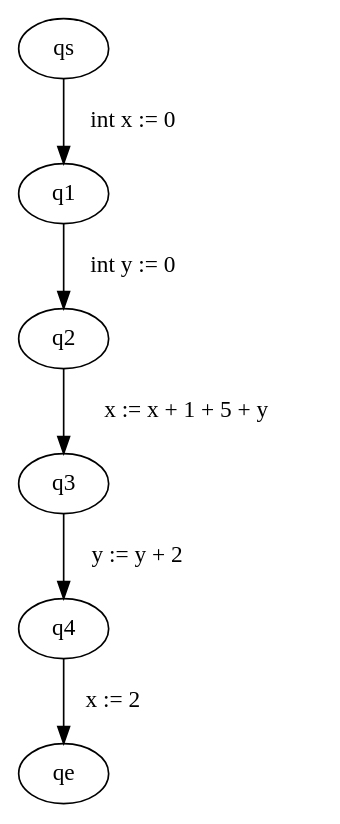
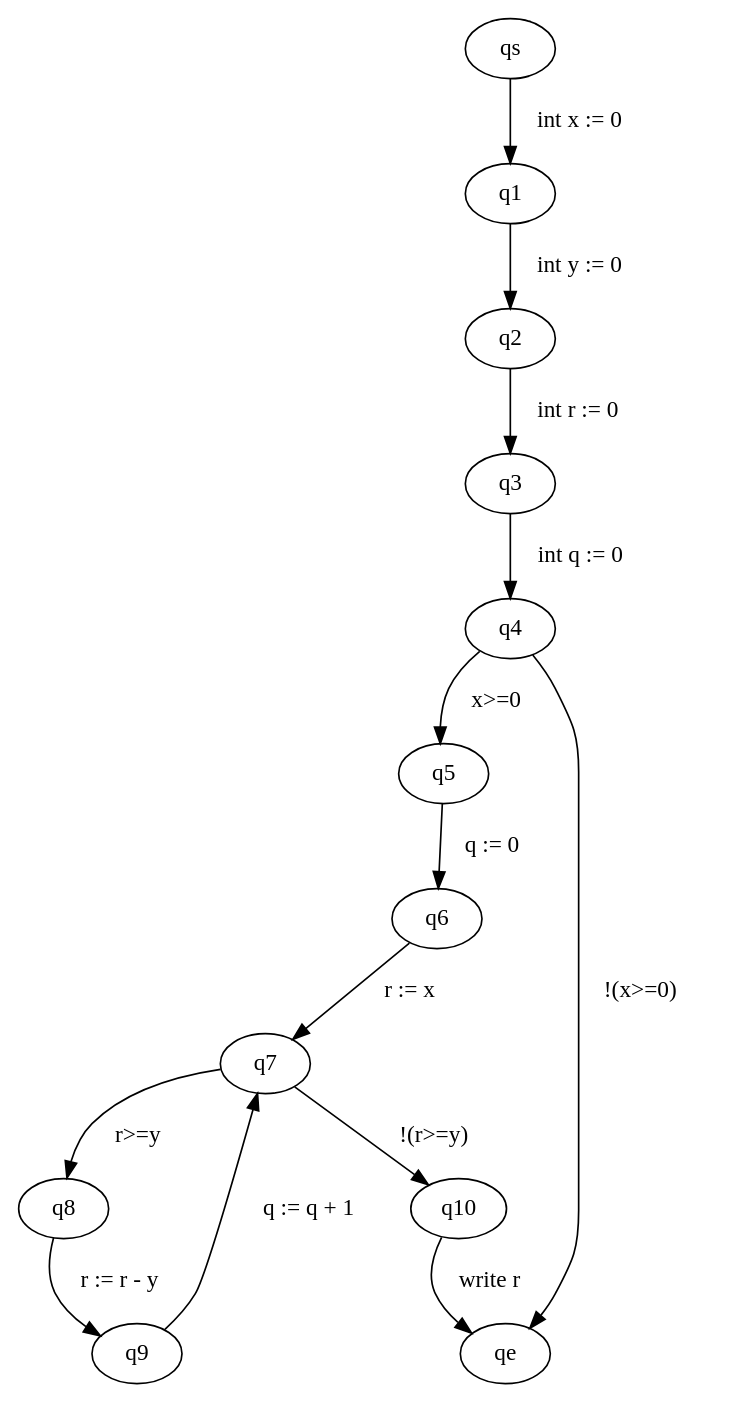
The diagram in src/main/java/graphviz/input.dot (FloKes/ProgramAnalysis), drawn with Graphviz before and after one commit. The commit also changed 15 other files, not shown here.

```diff
--- a/src/main/java/graphviz/input.dot
+++ b/src/main/java/graphviz/input.dot
@@ -1,7 +1,15 @@
 digraph ProgramGraph{
 "qs" -> "q1" [label="  int x := 0   "] 
 "q1" -> "q2" [label="  int y := 0   "] 
-"q2" -> "q3" [label="  x := x + 1 + 5 + y   "] 
-"q3" -> "q4" [label="  y := y + 2   "] 
-"q4" -> "qe" [label="  x := 2   "] 
+"q2" -> "q3" [label="  int r := 0   "] 
+"q3" -> "q4" [label="  int q := 0   "] 
+"q4" -> "q5" [label="  x>=0   "] 
+"q4" -> "qe" [label="  !(x>=0)   "] 
+"q5" -> "q6" [label="  q := 0   "] 
+"q6" -> "q7" [label="  r := x   "] 
+"q7" -> "q8" [label="  r>=y   "] 
+"q7" -> "q10" [label="  !(r>=y)   "] 
+"q8" -> "q9" [label="  r := r - y   "] 
+"q9" -> "q7" [label="  q := q + 1   "] 
+"q10" -> "qe" [label="  write r   "] 
 }
```
